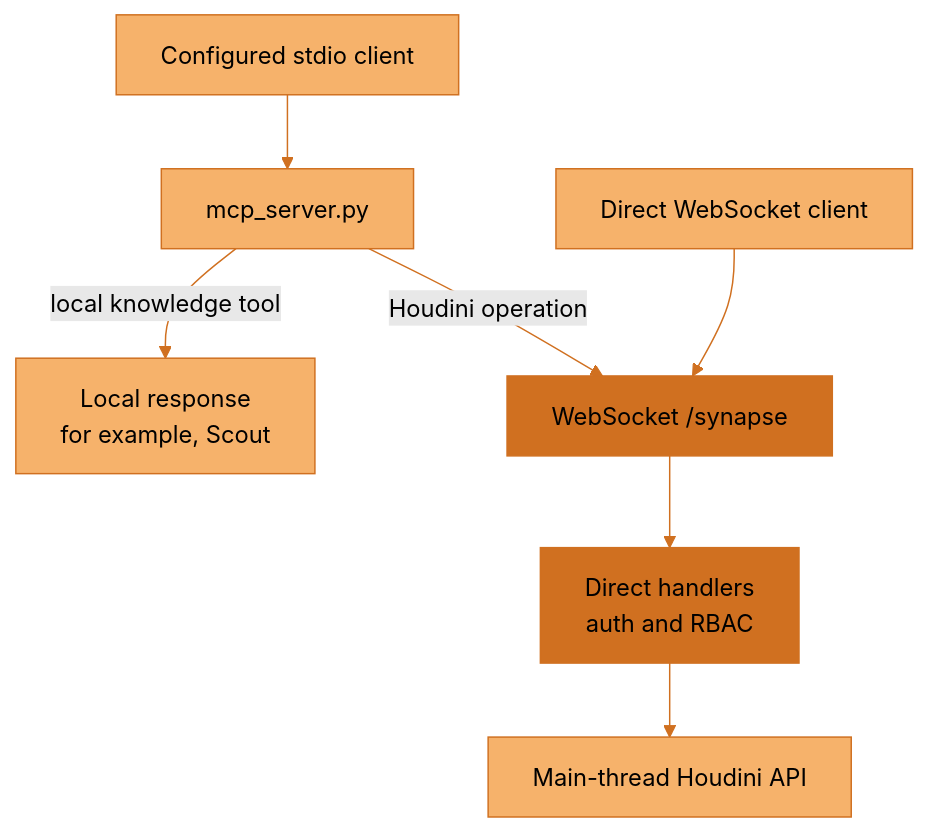
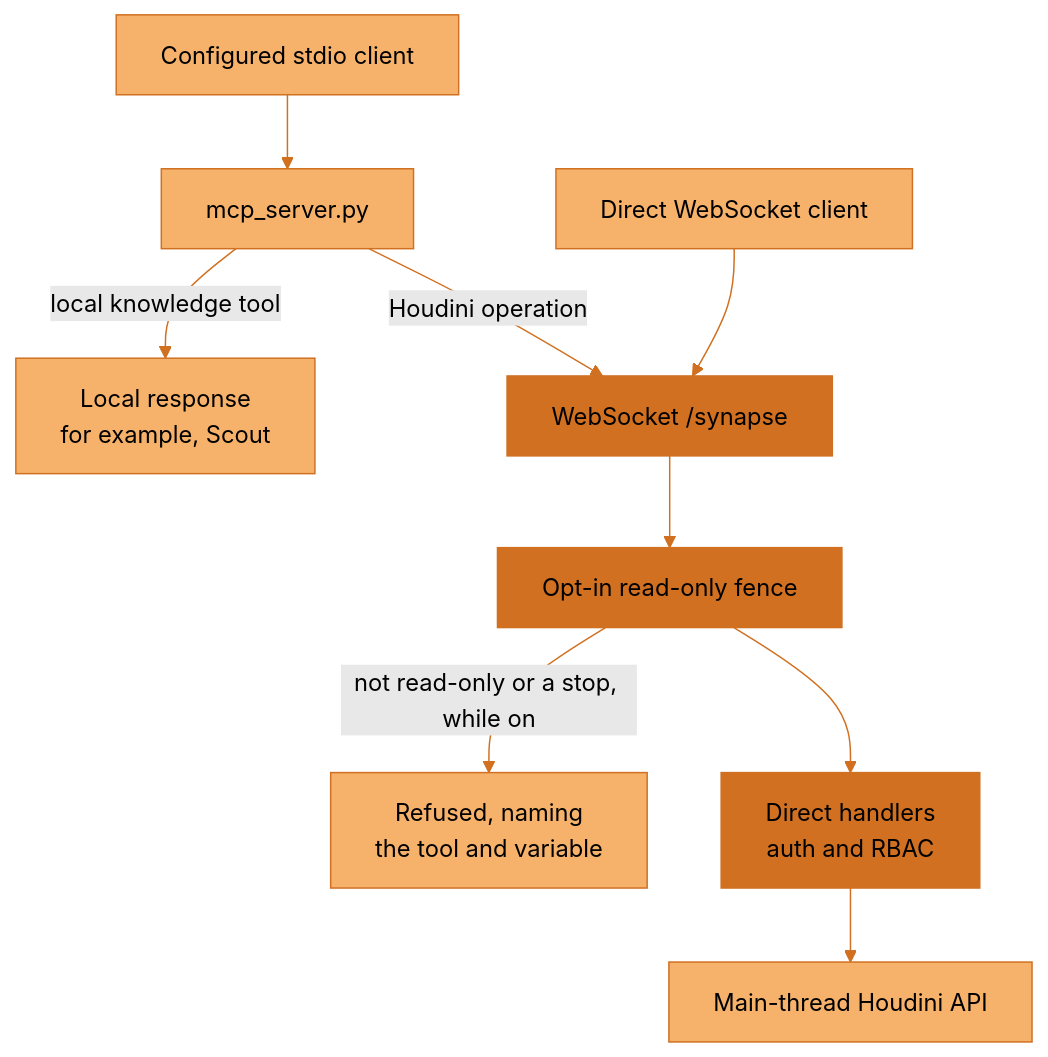
Before and after one commit to JosephOIbrahim/Synapse: the second of 9 diagrams in docs/architecture/overview.md, drawn with Mermaid (forest theme). The commit also changed other lines of this file and 16 other files, not shown here.

````diff
--- a/docs/architecture/overview.md
+++ b/docs/architecture/overview.md
@@ -56,15 +60,17 @@
 ```mermaid
 flowchart TD
     accTitle: Stdio forwards Houdini operations over WebSocket
-    accDescr: The configured stdio MCP server handles local knowledge tools locally. It forwards Houdini operations over WebSocket to direct handlers, which do not use the HTTP execution bridge.
+    accDescr: The configured stdio MCP server handles local knowledge tools locally. It forwards Houdini operations over WebSocket to direct handlers, which do not use the HTTP execution bridge. When the opt-in read-only mode is on, a tool command that is neither read-only nor a stop control is refused before the handlers; protocol commands pass.
     C["Configured stdio client"] --> A["mcp_server.py"]
     A -->|"local knowledge tool"| L["Local response<br/>for example, Scout"]
     A -->|"Houdini operation"| W["WebSocket /synapse"]
     X["Direct WebSocket client"] --> W
-    W --> H["Direct handlers<br/>auth and RBAC"]
+    W --> F["Opt-in read-only fence"]
+    F -->|"not read-only or a stop, while on"| N["Refused, naming<br/>the tool and variable"]
+    F --> H["Direct handlers<br/>auth and RBAC"]
     H --> S["Main-thread Houdini API"]
     classDef default fill:#F6B26B,stroke:#D07020,color:#000000
     classDef synapse fill:#D07020,stroke:#D07020,color:#000000
-    class W,H synapse
+    class W,F,H synapse
     linkStyle default stroke:#D07020
 ```
````
